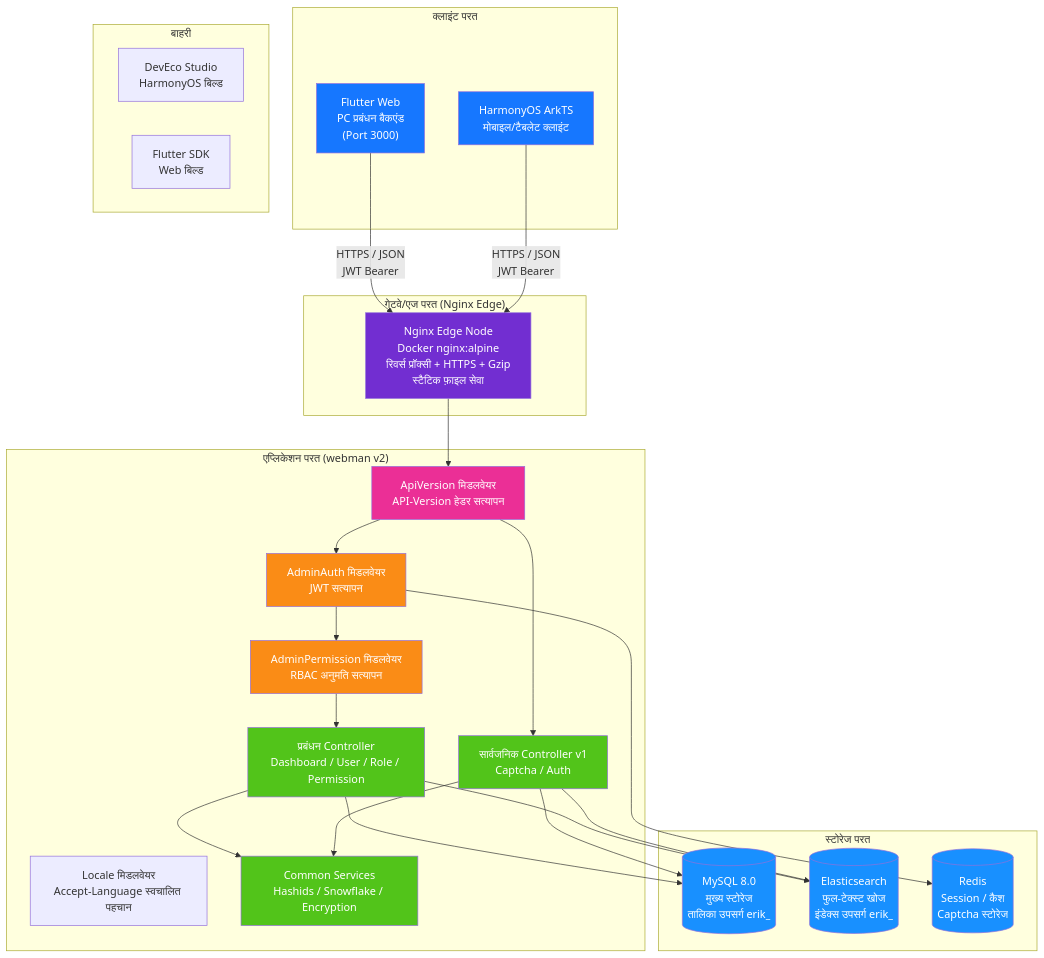
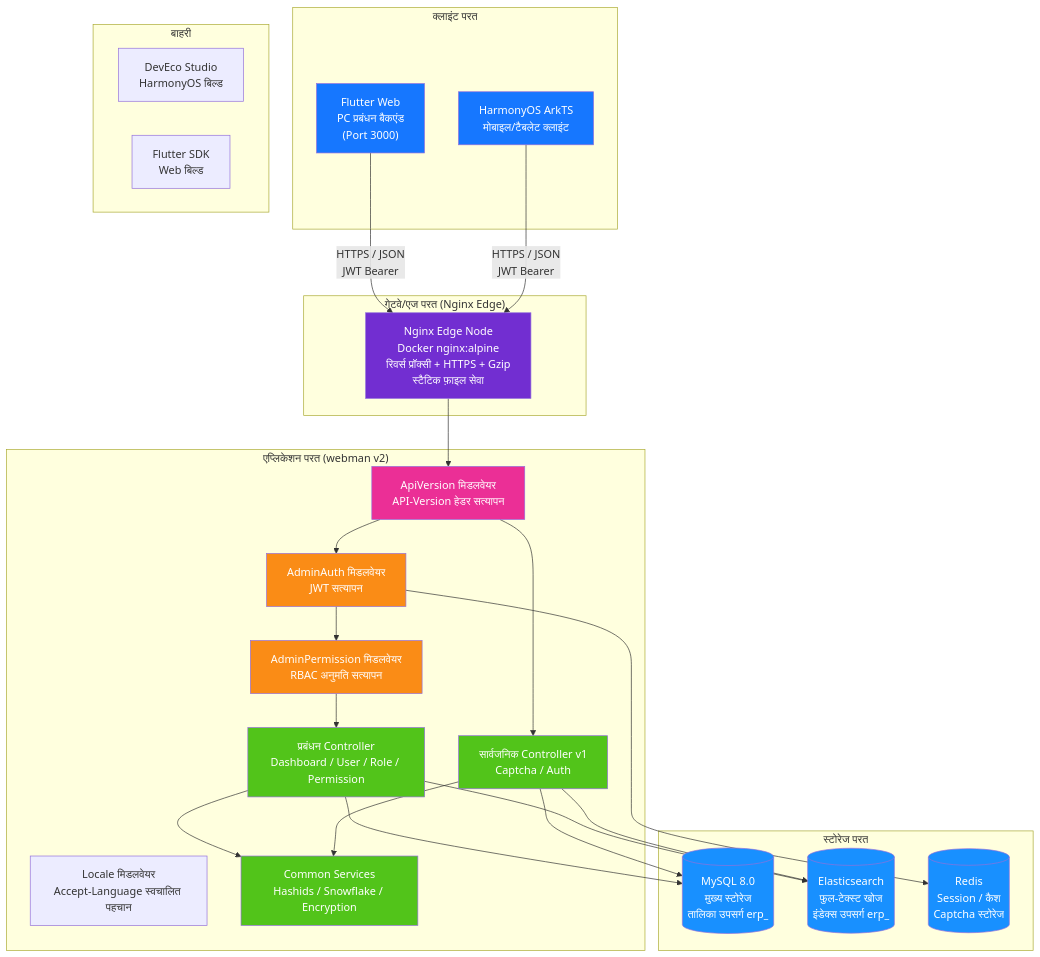
One commit to erikwang2013/erp-php changed the first of 20 diagrams in docs/i18n/hi/ARCHITECTURE.md. Above: the diagram before and after it, drawn with Mermaid. The commit also changed other lines of this file and 449 other files, not shown here.

First line of the commit message:
全局命名统一：数据库 erp、表前缀 erp_、Redis 前缀 erp:（原 erik_/open_admin）

````diff
--- a/docs/i18n/hi/ARCHITECTURE.md
+++ b/docs/i18n/hi/ARCHITECTURE.md
@@ -11,60 +11,60 @@
 ```mermaid
 flowchart TB
     subgraph "क्लाइंट परत"
         A1["Flutter Web<br/>PC प्रबंधन बैकएंड<br/>(Port 3000)"]
         A2["HarmonyOS ArkTS<br/>मोबाइल/टैबलेट क्लाइंट"]
     end
 
     subgraph "गेटवे/एज परत (Nginx Edge)"
         B1["Nginx Edge Node<br/>Docker nginx:alpine<br/>रिवर्स प्रॉक्सी + HTTPS + Gzip<br/>स्टैटिक फ़ाइल सेवा"]
     end
 
     subgraph "एप्लिकेशन परत (webman v2)"
         C_LOC["Locale मिडलवेयर<br/>Accept-Language स्वचालित पहचान"]
         C0["ApiVersion मिडलवेयर<br/>API-Version हेडर सत्यापन"]
         C1["AdminAuth मिडलवेयर<br/>JWT सत्यापन"]
         C2["AdminPermission मिडलवेयर<br/>RBAC अनुमति सत्यापन"]
         C3["प्रबंधन Controller<br/>Dashboard / User / Role / Permission"]
         C4["सार्वजनिक Controller v1<br/>Captcha / Auth"]
         C5["Common Services<br/>Hashids / Snowflake / Encryption"]
     end
 
     subgraph "स्टोरेज परत"
-        D1[("MySQL 8.0<br/>मुख्य स्टोरेज<br/>तालिका उपसर्ग erik_")]
-        D2[("Elasticsearch<br/>फुल-टेक्स्ट खोज<br/>इंडेक्स उपसर्ग erik_")]
+        D1[("MySQL 8.0<br/>मुख्य स्टोरेज<br/>तालिका उपसर्ग erp_")]
+        D2[("Elasticsearch<br/>फुल-टेक्स्ट खोज<br/>इंडेक्स उपसर्ग erp_")]
         D3[("Redis<br/>Session / कैश<br/>Captcha स्टोरेज")]
     end
 
     subgraph "बाहरी"
         E1["DevEco Studio<br/>HarmonyOS बिल्ड"]
         E2["Flutter SDK<br/>Web बिल्ड"]
     end
 
     A1 -->|"HTTPS / JSON<br/>JWT Bearer"| B1
     A2 -->|"HTTPS / JSON<br/>JWT Bearer"| B1
     B1 --> C0
     C0 --> C1
     C1 --> C2
     C2 --> C3
     C0 --> C4
     C3 --> C5
     C4 --> C5
     C3 --> D1
     C4 --> D1
     C3 --> D2
     C4 --> D2
     C1 --> D3
 
     style A1 fill:#1677FF,color:#fff
     style A2 fill:#1677FF,color:#fff
     style B1 fill:#722ED1,color:#fff
     style C0 fill:#EB2F96,color:#fff
     style C1 fill:#FA8C16,color:#fff
     style C2 fill:#FA8C16,color:#fff
     style C3 fill:#52C41A,color:#fff
     style C4 fill:#52C41A,color:#fff
     style C5 fill:#52C41A,color:#fff
     style D1 fill:#1890FF,color:#fff
     style D2 fill:#1890FF,color:#fff
     style D3 fill:#1890FF,color:#fff
 ```
````
